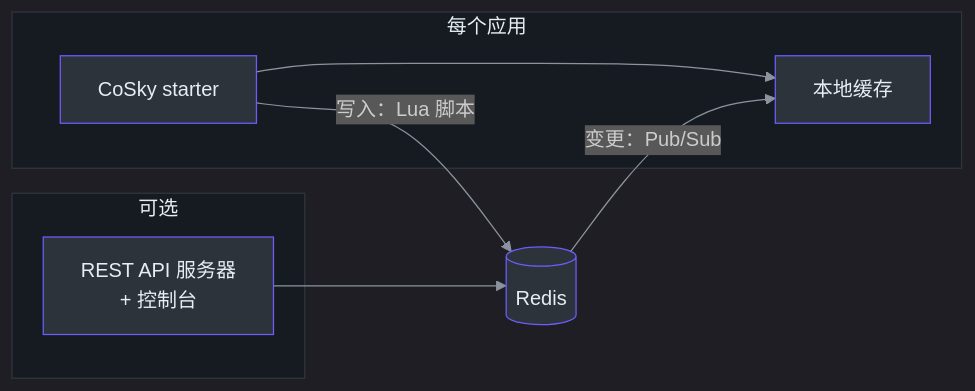
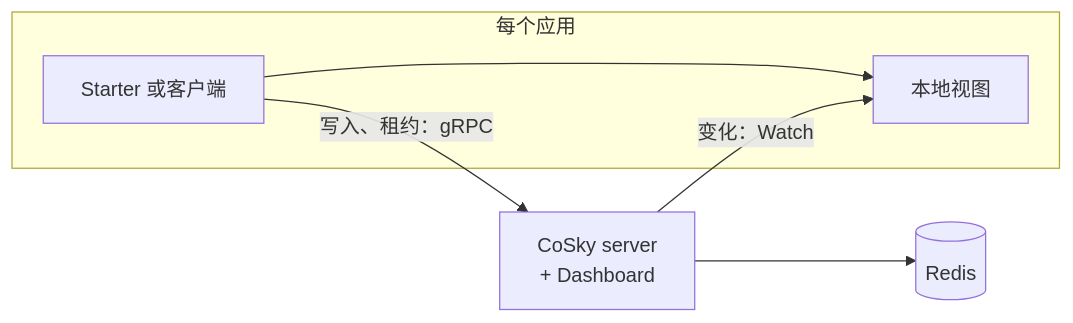
One commit to Ahoo-Wang/CoSky changed the diagram in wiki/zh/guide/index.md. Above: the diagram before and after it, drawn with Mermaid. The commit also changed other lines of this file and 69 other files, not shown here.

First line of the commit message:
docs: rewrite the wiki for 8.0, and render diagrams as CoCache does (#1036)

````diff
--- a/wiki/zh/guide/index.md
+++ b/wiki/zh/guide/index.md
@@ -12,20 +12,11 @@
 ```mermaid
-%%{init: {'theme':'dark', 'themeVariables': {'primaryColor':'#2d333b','primaryBorderColor':'#6d5dfc','primaryTextColor':'#e6edf3','lineColor':'#8b949e','secondaryColor':'#161b22','tertiaryColor':'#161b22'}}}%%
 graph LR
     subgraph App["每个应用"]
-        style App fill:#161b22,stroke:#30363d,color:#e6edf3
-        STARTER["CoSky starter"] --> CACHE["本地缓存"]
+        STARTER["Starter 或客户端"] --> VIEW["本地视图"]
     end
-    subgraph Ops["可选"]
-        style Ops fill:#161b22,stroke:#30363d,color:#e6edf3
-        SERVER["REST API 服务器<br>+ 控制台"]
-    end
+    SERVER["CoSky server<br>+ Dashboard"]
     REDIS[("Redis")]
-    STARTER -- "写入：Lua 脚本" --> REDIS
-    REDIS -- "变更：Pub/Sub" --> CACHE
+    STARTER -- "写入、租约：gRPC" --> SERVER
+    SERVER -- "变化：Watch" --> VIEW
     SERVER --> REDIS
-    style STARTER fill:#2d333b,stroke:#6d5dfc,color:#e6edf3
-    style CACHE fill:#2d333b,stroke:#6d5dfc,color:#e6edf3
-    style SERVER fill:#2d333b,stroke:#6d5dfc,color:#e6edf3
-    style REDIS fill:#2d333b,stroke:#6d5dfc,color:#e6edf3
 ```
````
